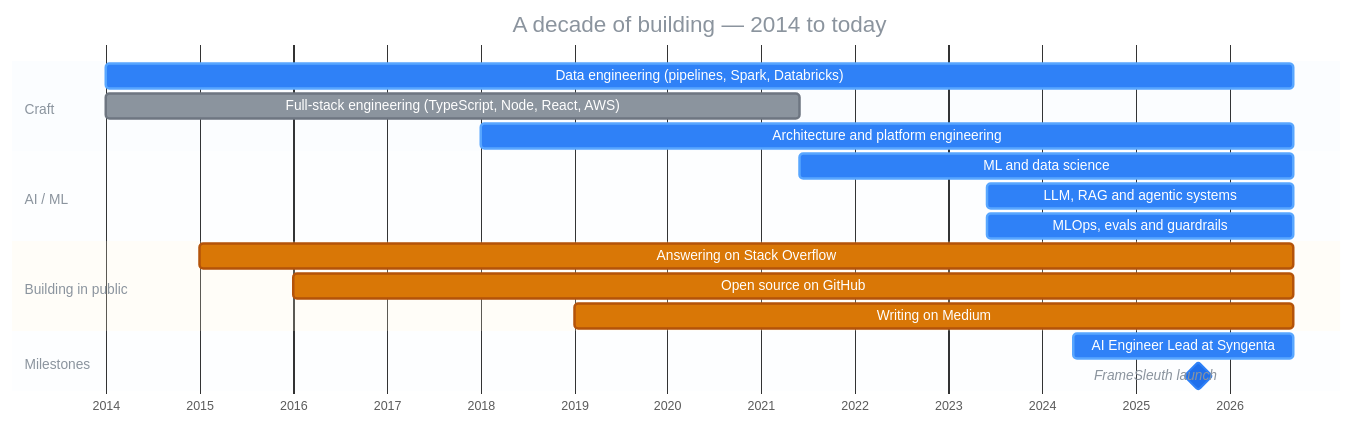
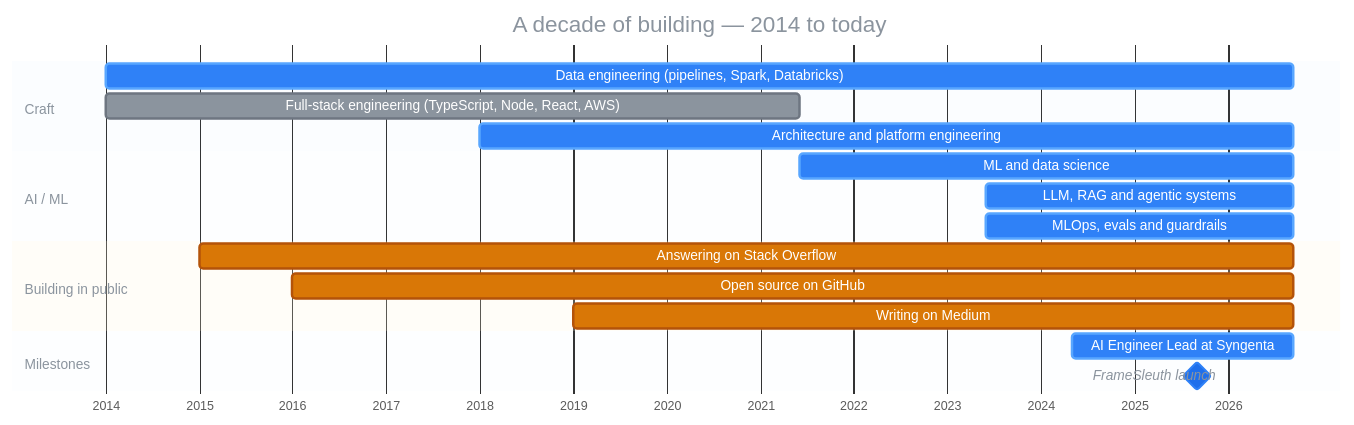
One commit to santoshshinde2012/santoshshinde2012 changed the first of 2 diagrams in README.md. Above: the diagram before and after it, drawn with Mermaid. The commit also changed other lines of this file, not shown here.

Commit message:
chore: refresh shipping summary

````diff
--- a/README.md
+++ b/README.md
@@ -132,27 +128,27 @@
 ```mermaid
 %%{init: {'theme':'base','themeVariables':{'fontFamily':'Fira Code, monospace','taskBkgColor':'#1F6FEB','taskBorderColor':'#2F81F7','activeTaskBkgColor':'#2F81F7','activeTaskBorderColor':'#58A6FF','doneTaskBkgColor':'#8B949E','doneTaskBorderColor':'#6E7681','critBkgColor':'#D97706','critBorderColor':'#B45309','critTextColor':'#ffffff','milestoneBkgColor':'#238636','milestoneBorderColor':'#2EA043','taskTextColor':'#ffffff','taskTextDarkColor':'#ffffff','taskTextLightColor':'#ffffff','taskTextOutsideColor':'#8B949E','gridColor':'#30363D','todayLineColor':'#F85149','titleColor':'#8B949E','sectionBkgColor':'#2F81F714','altSectionBkgColor':'#2F81F70A'}}}%%
 gantt
     title A decade of building — 2014 to today
     dateFormat YYYY-MM-DD
     axisFormat %Y
     tickInterval 1year
 
     section Craft
-    Data engineering (pipelines, Spark, Databricks)      :active, de,   2014-01-01, 2026-09-07
+    Data engineering (pipelines, Spark, Databricks)      :active, de,   2014-01-01, 2026-09-14
     Full-stack engineering (TypeScript, Node, React, AWS) :done,   fs,   2014-01-01, 2021-06-01
-    Architecture and platform engineering                :active, arch, 2018-01-01, 2026-09-07
+    Architecture and platform engineering                :active, arch, 2018-01-01, 2026-09-14
 
     section AI / ML
-    ML and data science                                  :active, ml,   2021-06-01, 2026-09-07
-    LLM, RAG and agentic systems                         :active, llm,  2023-06-01, 2026-09-07
-    MLOps, evals and guardrails                          :active, ops,  2023-06-01, 2026-09-07
+    ML and data science                                  :active, ml,   2021-06-01, 2026-09-14
+    LLM, RAG and agentic systems                         :active, llm,  2023-06-01, 2026-09-14
+    MLOps, evals and guardrails                          :active, ops,  2023-06-01, 2026-09-14
 
     section Building in public
-    Answering on Stack Overflow                          :crit, so,   2015-01-01, 2026-09-07
-    Open source on GitHub                                :crit, gh,   2016-01-01, 2026-09-07
-    Writing on Medium                                    :crit, med,  2019-01-01, 2026-09-07
+    Answering on Stack Overflow                          :crit, so,   2015-01-01, 2026-09-14
+    Open source on GitHub                                :crit, gh,   2016-01-01, 2026-09-14
+    Writing on Medium                                    :crit, med,  2019-01-01, 2026-09-14
 
     section Milestones
-    AI Engineer Lead at Syngenta                         :active,    syn, 2024-05-01, 2026-09-07
+    AI Engineer Lead at Syngenta                         :active,    syn, 2024-05-01, 2026-09-14
     FrameSleuth launch                                   :milestone, fsl, 2025-09-01, 0d
 ```
````
